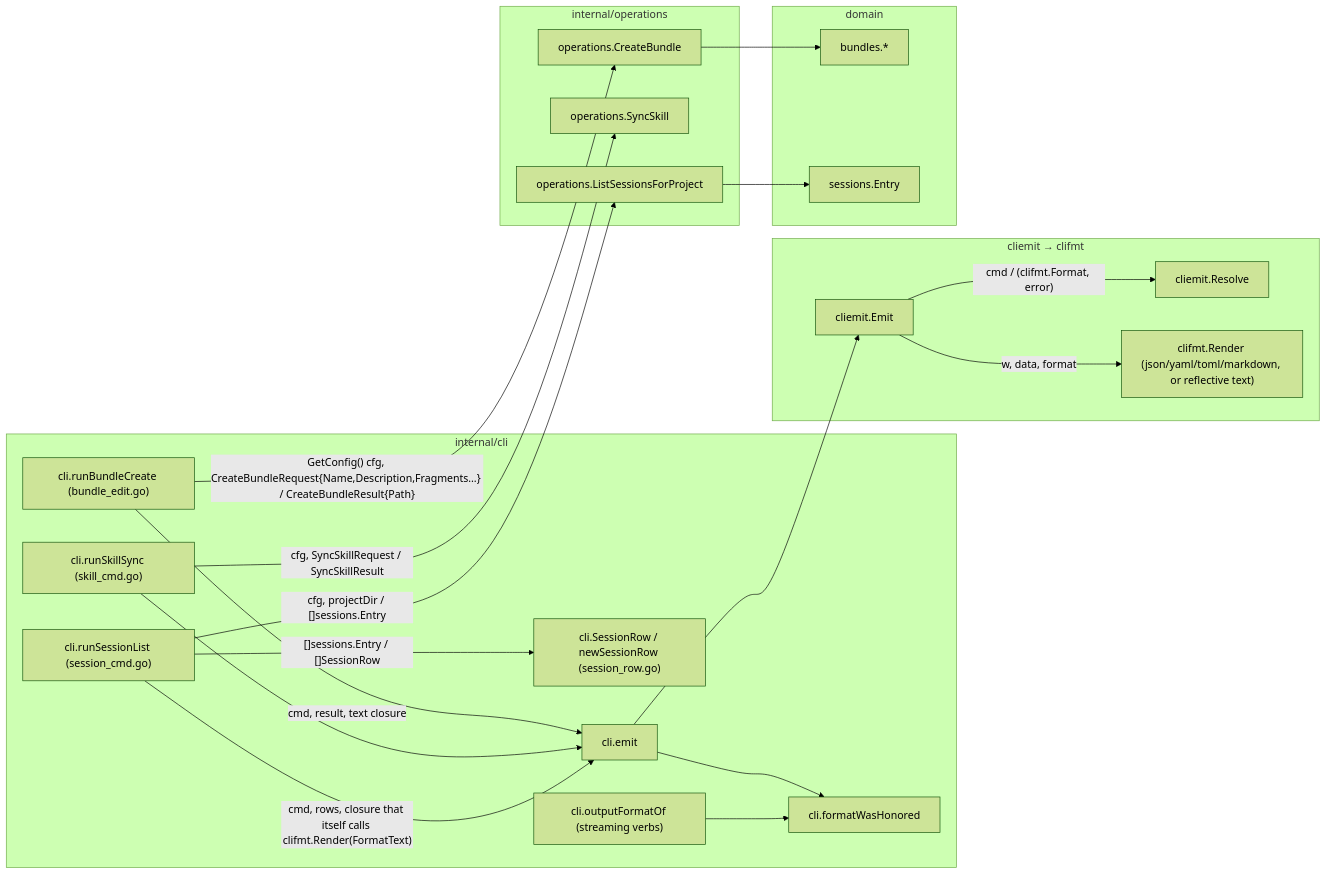
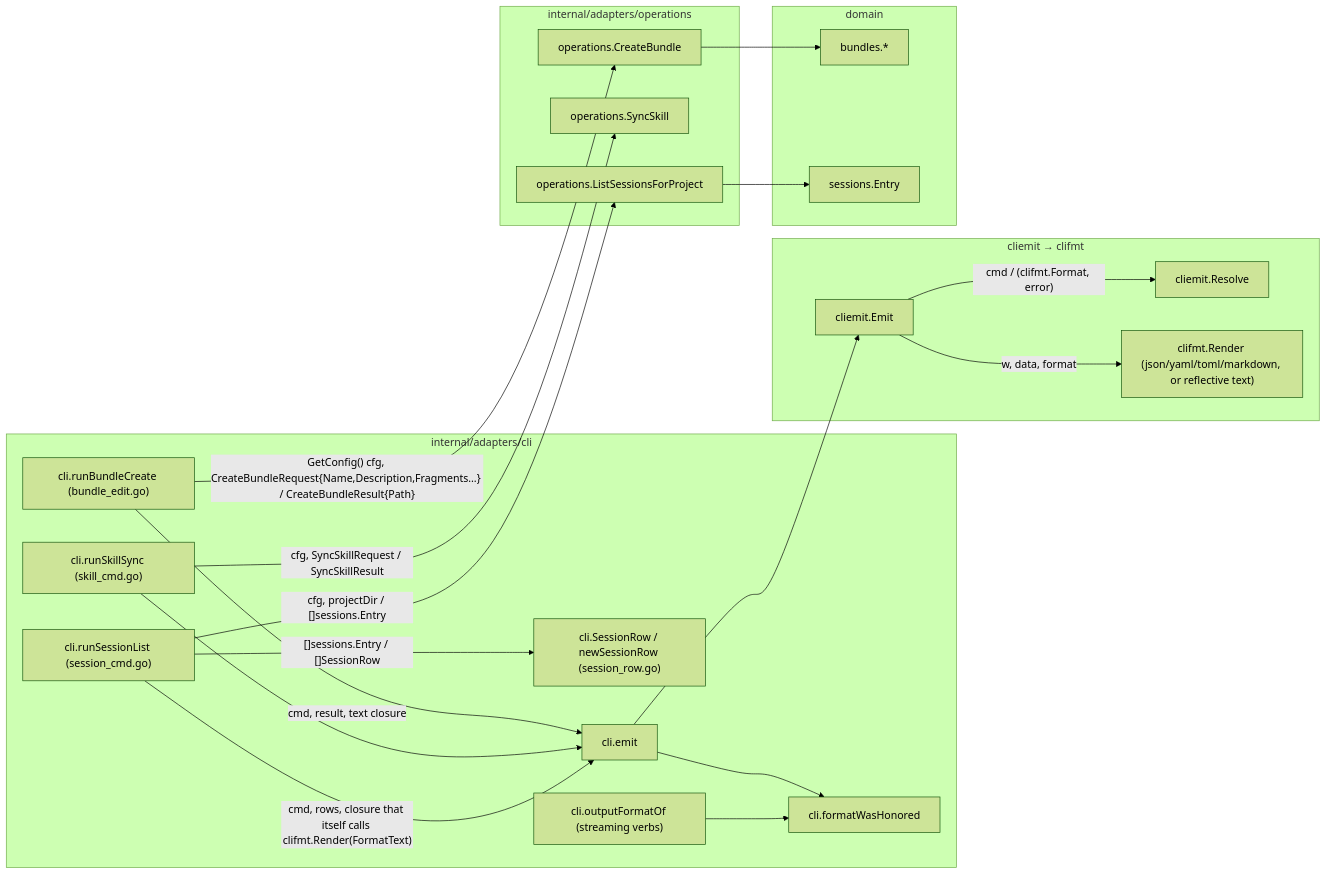
Before and after one commit to ctxloom/ctxloom: the fifth of 10 diagrams in docs/architecture/audit-2026-09-18/06-cli-operations.md, drawn with Mermaid (forest theme). The commit also changed other lines of this file and 2489 other files, not shown here.

First line of the commit message:
refactor(arch): move the adapters ring into internal/adapters

````diff
--- a/docs/architecture/audit-2026-09-18/06-cli-operations.md
+++ b/docs/architecture/audit-2026-09-18/06-cli-operations.md
@@ -335,39 +335,39 @@
 ```mermaid
 flowchart LR
-  subgraph cli["internal/cli"]
+  subgraph cli["internal/adapters/cli"]
     BC["cli.runBundleCreate (bundle_edit.go)"]
     SS["cli.runSkillSync (skill_cmd.go)"]
     SL["cli.runSessionList (session_cmd.go)"]
     ROW["cli.SessionRow / newSessionRow (session_row.go)"]
     EMIT["cli.emit"]
     OFO["cli.outputFormatOf (streaming verbs)"]
     FMTG["cli.formatWasHonored"]
   end
-  subgraph ops["internal/operations"]
+  subgraph ops["internal/adapters/operations"]
     CB["operations.CreateBundle"]
     SY["operations.SyncSkill"]
     LS["operations.ListSessionsForProject"]
   end
   subgraph out["cliemit → clifmt"]
     CE["cliemit.Emit"]
     CR["cliemit.Resolve"]
     RENDER["clifmt.Render (json/yaml/toml/markdown, or reflective text)"]
   end
   subgraph domain["domain"]
     BUN["bundles.*"]
     SESS["sessions.Entry"]
   end
 
   BC -- "GetConfig() cfg, CreateBundleRequest{Name,Description,Fragments…} / CreateBundleResult{Path}" --> CB --> BUN
   BC -- "cmd, result, text closure" --> EMIT
   SS -- "cfg, SyncSkillRequest / SyncSkillResult" --> SY
   SS --> EMIT
   SL -- "cfg, projectDir / []sessions.Entry" --> LS --> SESS
   SL -- "[]sessions.Entry / []SessionRow" --> ROW
   SL -- "cmd, rows, closure that itself calls clifmt.Render(FormatText)" --> EMIT
   EMIT --> FMTG
   EMIT --> CE
   CE -- "cmd / (clifmt.Format, error)" --> CR
   CE -- "w, data, format" --> RENDER
   OFO --> FMTG
 ```
````
